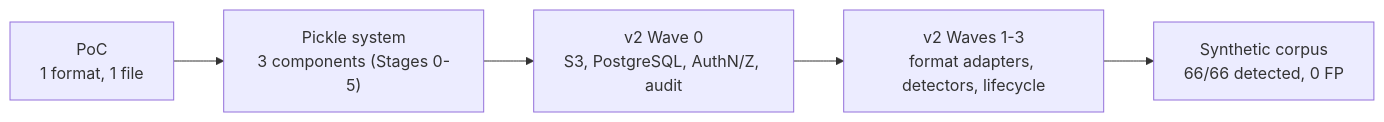
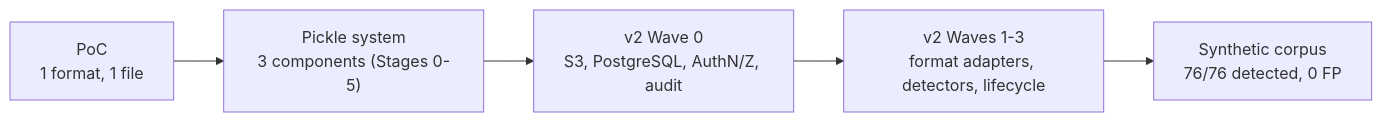
The diagram in README.en.md (pol4/MLScan), drawn with Mermaid before and after one commit. The commit also changed other lines of this file and 47 other files, not shown here.

````diff
--- a/README.en.md
+++ b/README.en.md
@@ -32,7 +32,7 @@
 ```mermaid
 flowchart LR
   P["PoC<br/>1 format, 1 file"] --> S["Pickle system<br/>3 components (Stages 0-5)"]
   S --> V0["v2 Wave 0<br/>S3, PostgreSQL, AuthN/Z, audit"]
   V0 --> V1["v2 Waves 1-3<br/>format adapters, detectors, lifecycle"]
-  V1 --> T["Synthetic corpus<br/>66/66 detected, 0 FP"]
+  V1 --> T["Synthetic corpus<br/>76/76 detected, 0 FP"]
 ```
````
